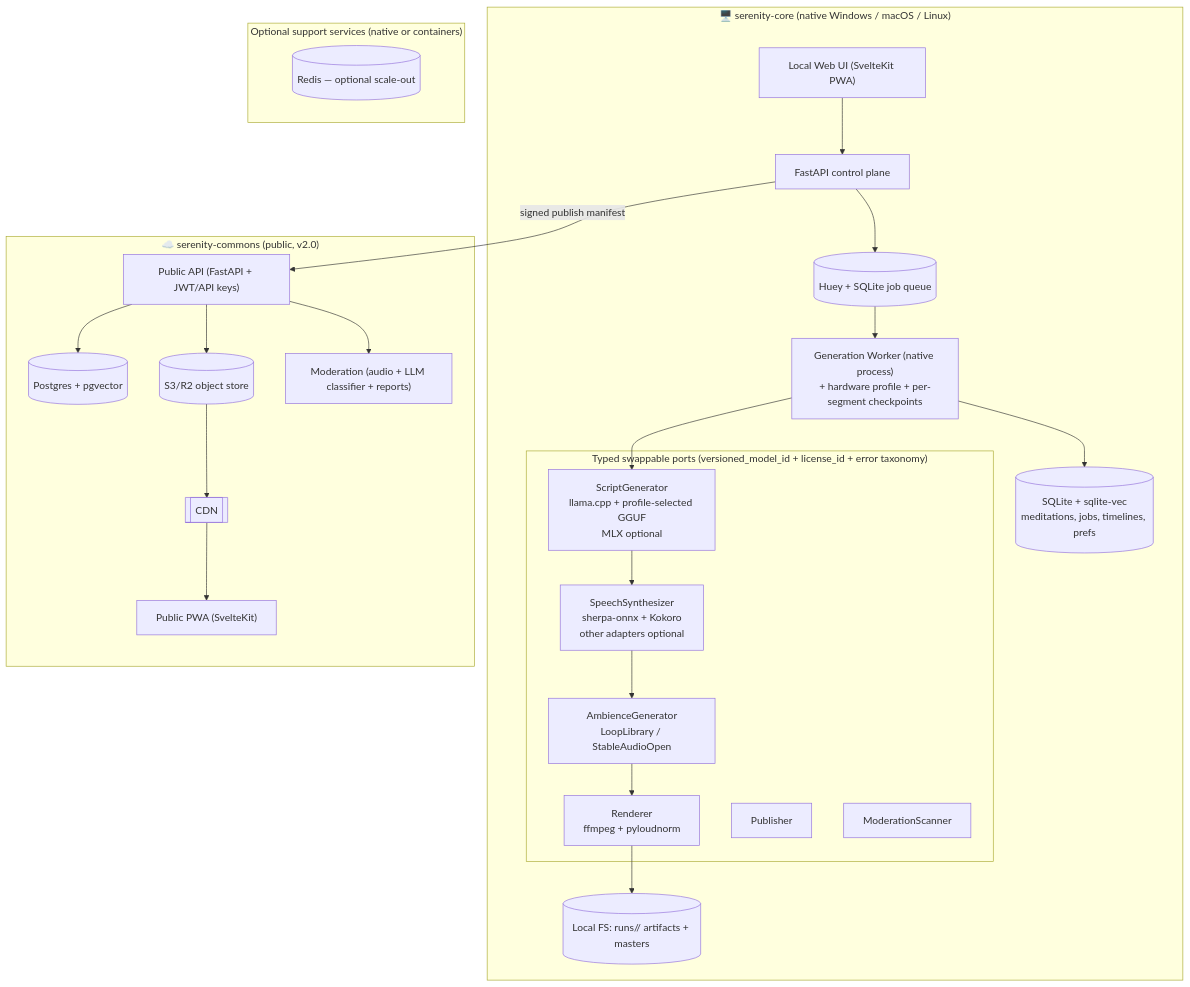
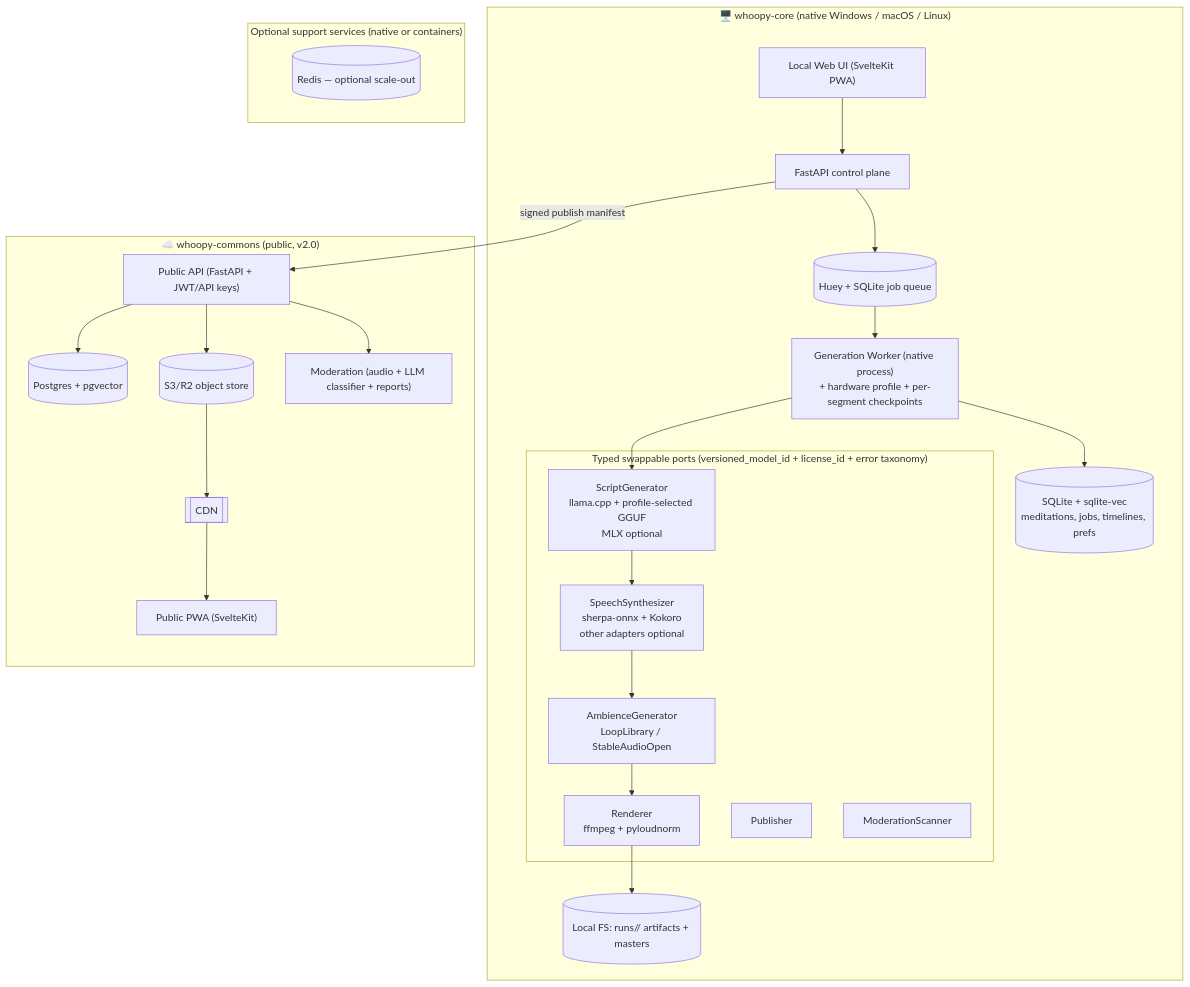
One commit to Jomak-x/Whoopy changed the diagram in system-design.md. Above: the diagram before and after it, drawn with Mermaid. The commit also changed other lines of this file and 37 other files, not shown here.

````diff
--- a/system-design.md
+++ b/system-design.md
@@ -103,40 +103,40 @@
 ```mermaid
 flowchart TB
-  subgraph Local["🖥️ serenity-core (native Windows / macOS / Linux)"]
+  subgraph Local["🖥️ whoopy-core (native Windows / macOS / Linux)"]
     UI["Local Web UI (SvelteKit PWA)"]
     API["FastAPI control plane"]
     Q[("Huey + SQLite job queue")]
     W["Generation Worker (native process)\n+ hardware profile + per-segment checkpoints"]
     subgraph Ports["Typed swappable ports (versioned_model_id + license_id + error taxonomy)"]
       LLM["ScriptGenerator\nllama.cpp + profile-selected GGUF\nMLX optional"]
       TTS["SpeechSynthesizer\nsherpa-onnx + Kokoro\nother adapters optional"]
       MUS["AmbienceGenerator\nLoopLibrary / StableAudioOpen"]
       REN["Renderer\nffmpeg + pyloudnorm"]
       PUB["Publisher"]
       MOD["ModerationScanner"]
     end
     DB[("SQLite + sqlite-vec\nmeditations, jobs, timelines, prefs")]
     FS[("Local FS: runs/<job_id>/ artifacts + masters")]
   end
 
   subgraph Infra["Optional support services (native or containers)"]
     RED[("Redis — optional scale-out")]
   end
 
-  subgraph Commons["☁️ serenity-commons (public, v2.0)"]
+  subgraph Commons["☁️ whoopy-commons (public, v2.0)"]
     CAPI["Public API (FastAPI + JWT/API keys)"]
     CDB[("Postgres + pgvector")]
     OBJ[("S3/R2 object store")]
     CMOD["Moderation (audio + LLM classifier + reports)"]
     WEB["Public PWA (SvelteKit)"]
     CDN[["CDN"]]
   end
 
   UI --> API --> Q --> W
   W --> LLM --> TTS --> MUS --> REN --> FS
   W --> DB
   API -->|signed publish manifest| CAPI
   CAPI --> CDB
   CAPI --> OBJ --> CDN --> WEB
   CAPI --> CMOD
 ```
````
